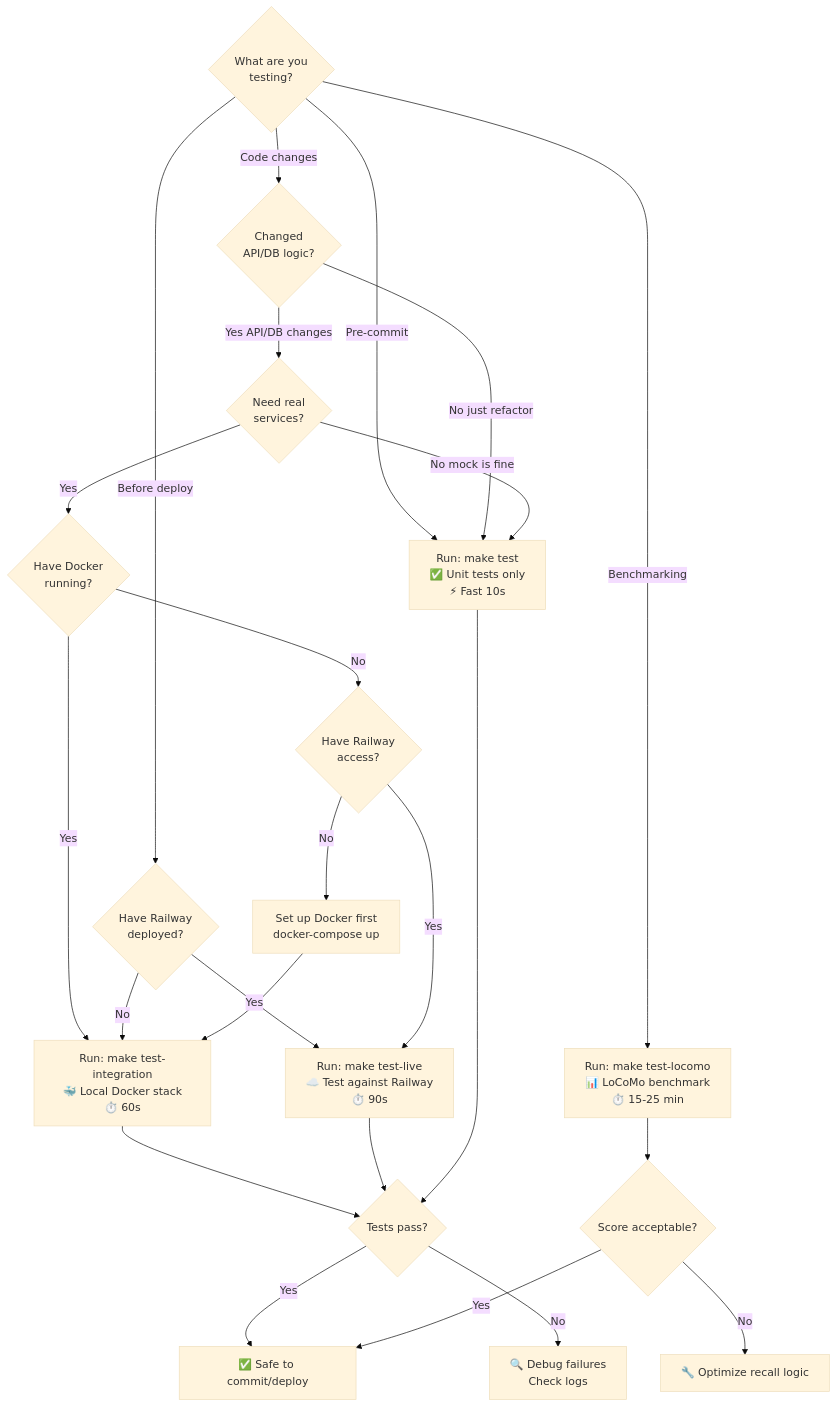
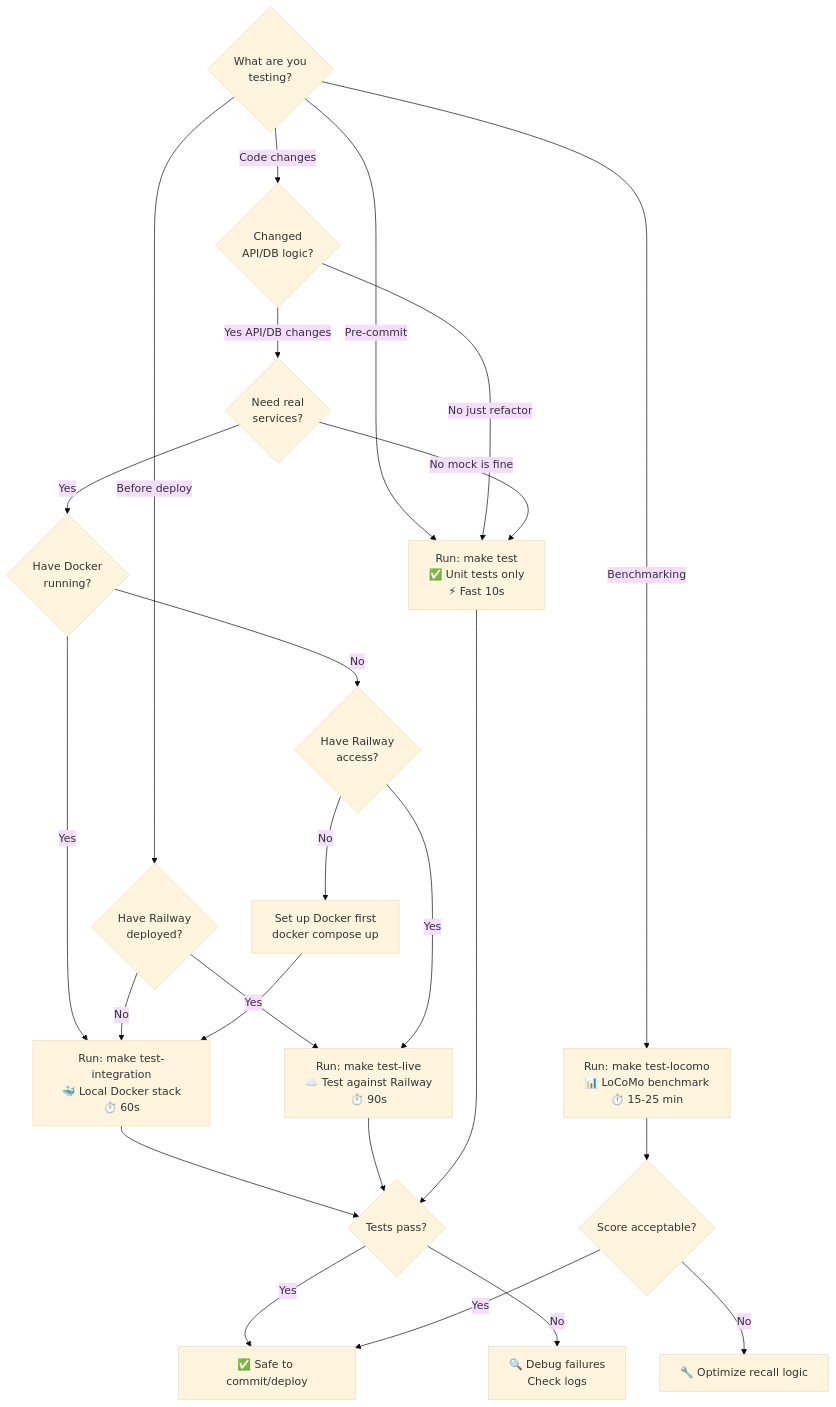
The diagram in docs/TESTING.md (joyshmitz/automem), drawn with Mermaid (base theme) before and after one commit. The commit also changed 8 other files, not shown here.

First line of the commit message:
docs(runtime): align Docker viewer paths and setup guidance (#155)

````diff
--- a/docs/TESTING.md
+++ b/docs/TESTING.md
@@ -43,37 +43,37 @@
 ```mermaid
 flowchart TD
     Start{What are you<br/>testing?}
 
     Start -->|Code changes| CodeCheck{Changed<br/>API/DB logic?}
     Start -->|Pre-commit| PreCommit[Run: make test<br/>✅ Unit tests only<br/>⚡ Fast 10s]
     Start -->|Before deploy| PreDeploy{Have Railway<br/>deployed?}
     Start -->|Benchmarking| Benchmark[Run: make test-locomo<br/>📊 LoCoMo benchmark<br/>⏱️ 15-25 min]
 
     CodeCheck -->|No just refactor| PreCommit
     CodeCheck -->|Yes API/DB changes| Integration{Need real<br/>services?}
 
     Integration -->|Yes| Docker{Have Docker<br/>running?}
     Integration -->|No mock is fine| PreCommit
 
     Docker -->|Yes| LocalIntegration[Run: make test-integration<br/>🐳 Local Docker stack<br/>⏱️ 60s]
     Docker -->|No| LiveCheck{Have Railway<br/>access?}
 
     PreDeploy -->|Yes| LiveIntegration[Run: make test-live<br/>☁️ Test against Railway<br/>⏱️ 90s]
     PreDeploy -->|No| LocalIntegration
 
     LiveCheck -->|Yes| LiveIntegration
-    LiveCheck -->|No| SetupDocker[Set up Docker first<br/>docker-compose up]
+    LiveCheck -->|No| SetupDocker[Set up Docker first<br/>docker compose up]
 
     SetupDocker --> LocalIntegration
 
     LocalIntegration --> Success{Tests pass?}
     LiveIntegration --> Success
     PreCommit --> Success
     Benchmark --> BenchSuccess{Score acceptable?}
 
     Success -->|Yes| Commit[✅ Safe to commit/deploy]
     Success -->|No| Debug[🔍 Debug failures<br/>Check logs]
 
     BenchSuccess -->|Yes| Commit
     BenchSuccess -->|No| Optimize[🔧 Optimize recall logic]
 ```
````
